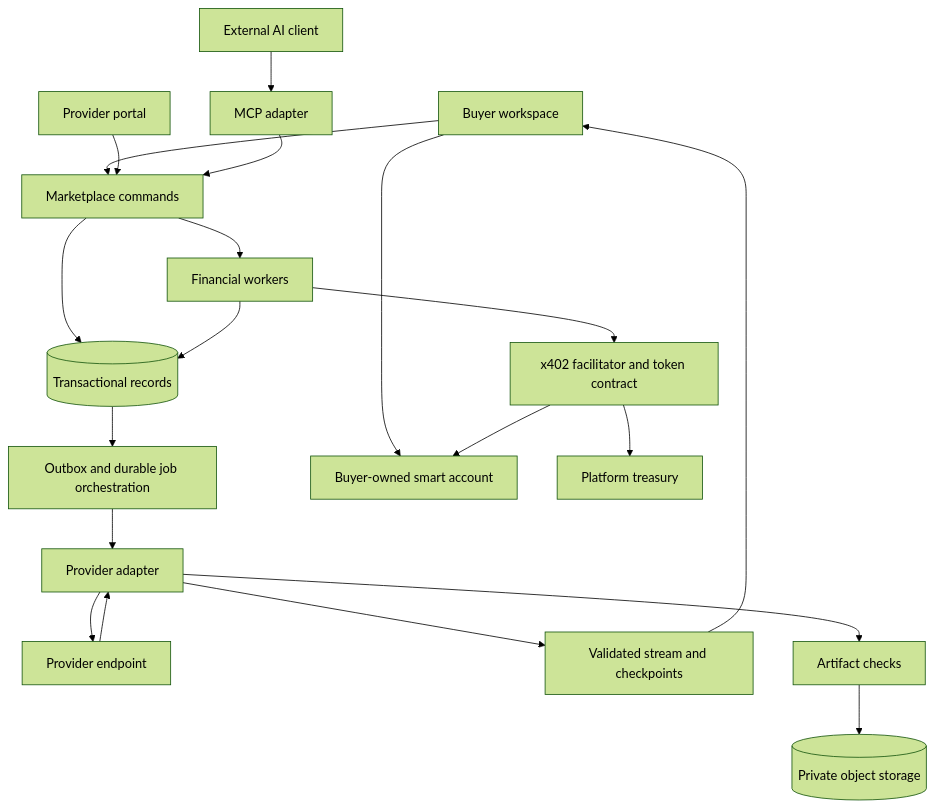
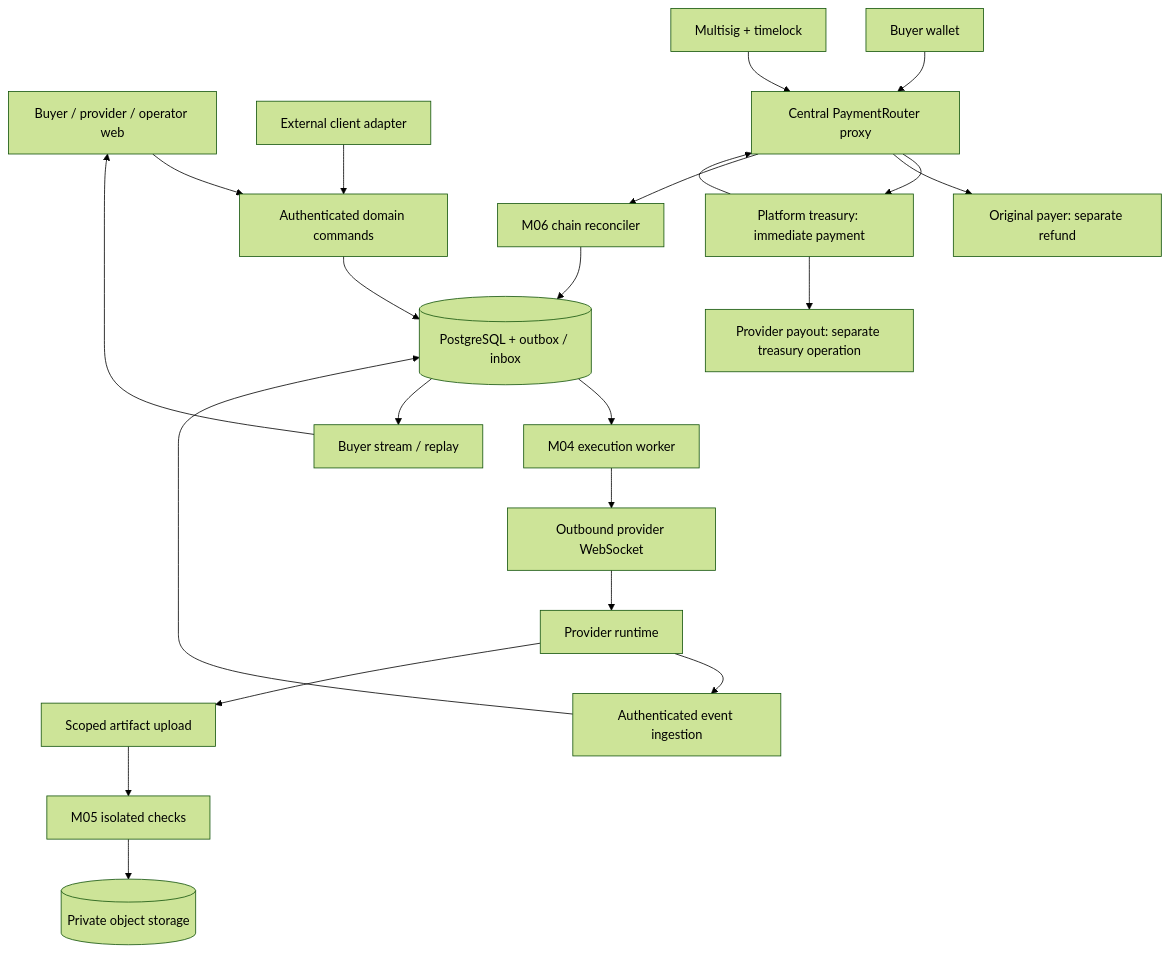
Before and after one commit to 2giosangmitom/payvoke: the diagram in docs/architecture.md, drawn with Mermaid (forest theme). The commit also changed other lines of this file and 19 other files, not shown here.

````diff
--- a/docs/architecture.md
+++ b/docs/architecture.md
@@ -9,22 +9,24 @@
 ```mermaid
 flowchart TB
-  Buyer[Buyer workspace] --> Commands[Marketplace commands]
-  Portal[Provider portal] --> Commands
-  Client[External AI client] --> MCP[MCP adapter]
-  MCP --> Commands
-  Commands --> Records[(Transactional records)]
-  Commands --> Payments[Financial workers]
-  Records --> Outbox[Outbox and durable job orchestration]
-  Outbox --> Adapter[Provider adapter]
-  Adapter --> Provider[Provider endpoint]
-  Provider --> Adapter
-  Adapter --> Stream[Validated stream and checkpoints]
-  Stream --> Buyer
-  Adapter --> Checks[Artifact checks]
-  Checks --> Files[(Private object storage)]
-  Buyer --> Account[Buyer-owned smart account]
-  Payments --> Settlement[x402 facilitator and token contract]
-  Settlement --> Account
-  Settlement --> Treasury[Platform treasury]
-  Payments --> Records
+  Web[Buyer / provider / operator web] --> API[Authenticated domain commands]
+  MCP[External client adapter] --> API
+  API --> DB[(PostgreSQL + outbox / inbox)]
+  DB --> Dispatch[M04 execution worker]
+  Dispatch --> Gateway[Outbound provider WebSocket]
+  Gateway --> Provider[Provider runtime]
+  Provider --> Ingest[Authenticated event ingestion]
+  Ingest --> DB
+  DB --> SSE[Buyer stream / replay]
+  SSE --> Web
+  Provider --> Upload[Scoped artifact upload]
+  Upload --> Checks[M05 isolated checks]
+  Checks --> Storage[(Private object storage)]
+  Wallet[Buyer wallet] --> Router[Central PaymentRouter proxy]
+  Router --> Treasury[Platform treasury: immediate payment]
+  Treasury --> Router
+  Router --> Refund[Original payer: separate refund]
+  Treasury --> Payout[Provider payout: separate treasury operation]
+  Router --> Indexer[M06 chain reconciler]
+  Indexer --> DB
+  Governance[Multisig + timelock] --> Router
 ```
````
